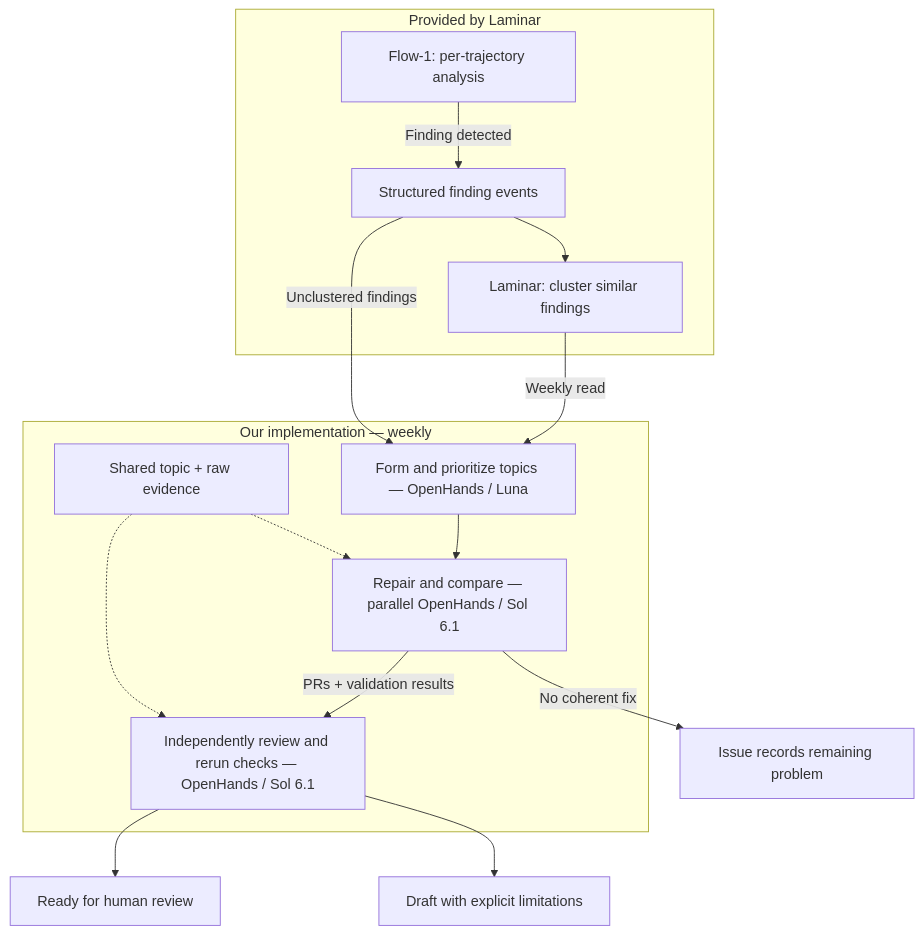
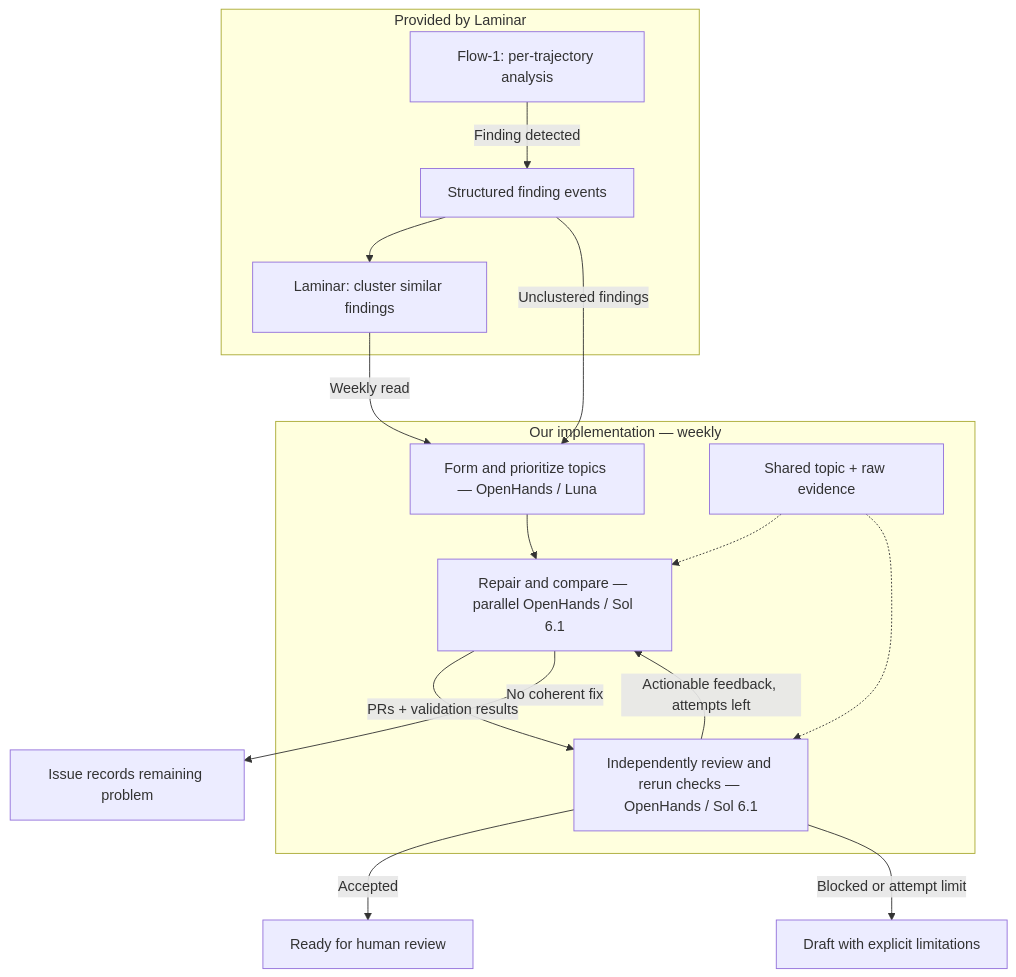
Before and after one commit to OpenHands/oss-agent-canvas: the second of 2 diagrams in automations/weekly-automation-improvement/HOW_IT_WORKS.md, drawn with Mermaid. The commit also changed other lines of this file and 6 other files, not shown here.

Commit message:
Add bounded repair revisions driven by independent review feedback

````diff
--- a/automations/weekly-automation-improvement/HOW_IT_WORKS.md
+++ b/automations/weekly-automation-improvement/HOW_IT_WORKS.md
@@ -28,25 +28,26 @@
 ```mermaid
 flowchart TD
     subgraph laminar["Provided by Laminar"]
         flow["Flow-1: per-trajectory analysis"]
         events["Structured finding events"]
         clusters["Laminar: cluster similar findings"]
         flow -->|Finding detected| events
         events --> clusters
     end
     subgraph automation["Our implementation — weekly"]
         triage["Form and prioritize topics — OpenHands / Luna"]
         repair["Repair and compare — parallel OpenHands / Sol 6.1"]
         review["Independently review and rerun checks — OpenHands / Sol 6.1"]
         context["Shared topic + raw evidence"]
         triage --> repair
         repair -->|PRs + validation results| review
         context -.-> repair
         context -.-> review
     end
     clusters -->|Weekly read| triage
     events -->|Unclustered findings| triage
     repair -->|No coherent fix| unresolved["Issue records remaining problem"]
-    review --> ready["Ready for human review"]
-    review --> draft["Draft with explicit limitations"]
+    review -->|Actionable feedback, attempts left| repair
+    review -->|Accepted| ready["Ready for human review"]
+    review -->|Blocked or attempt limit| draft["Draft with explicit limitations"]
 ```
````
